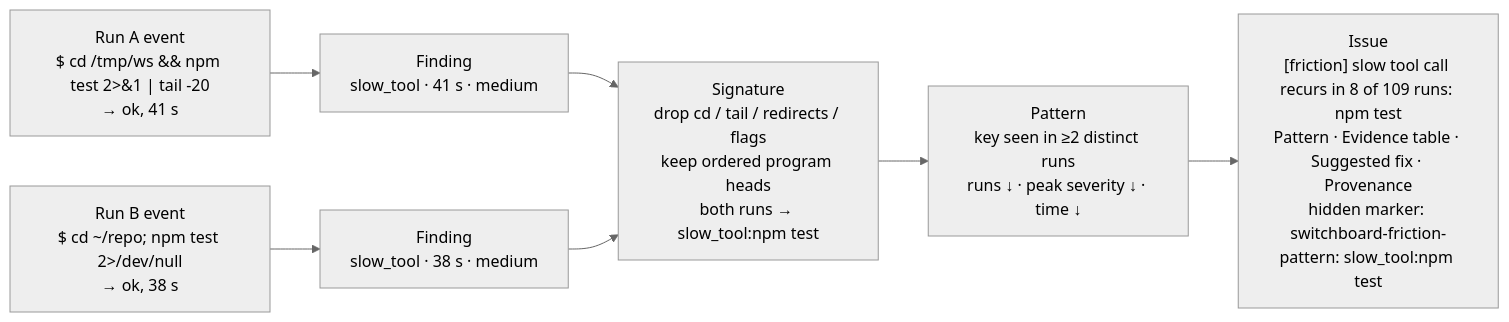
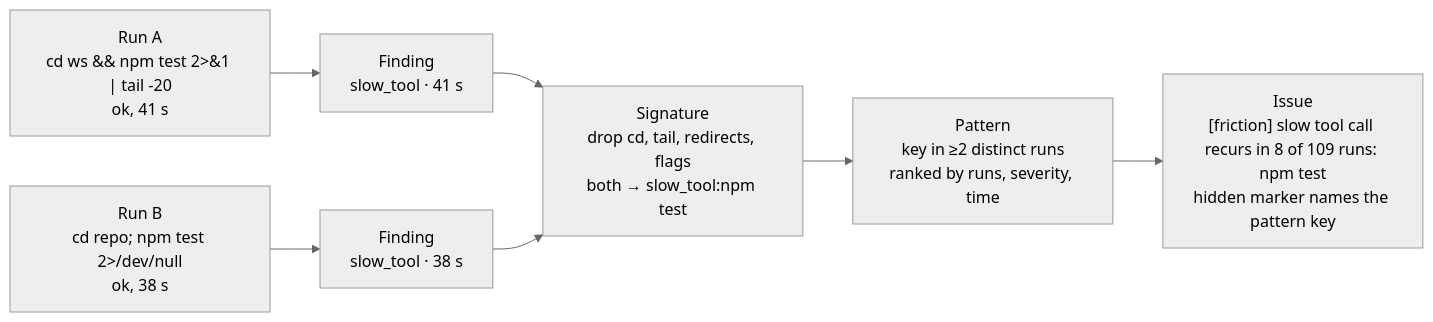
One commit to coreplanelabs/switchboard changed the fourth of 4 diagrams in docs/explanation/how-switchboard-improves-itself.md. Above: the diagram before and after it, drawn with Mermaid (neutral theme). The commit also changed other lines of this file and 13 other files, not shown here.

````diff
--- a/docs/explanation/how-switchboard-improves-itself.md
+++ b/docs/explanation/how-switchboard-improves-itself.md
@@ -106,14 +101,14 @@
 ```mermaid
 flowchart LR
-    E1["Run A event<br/>$ cd /tmp/ws && npm test 2>&1 | tail -20<br/>→ ok, 41 s"]
-    E2["Run B event<br/>$ cd ~/repo; npm test 2>/dev/null<br/>→ ok, 38 s"]
-    F1["Finding<br/>slow_tool · 41 s · medium"]
-    F2["Finding<br/>slow_tool · 38 s · medium"]
-    SIG["Signature<br/>drop cd / tail / redirects / flags<br/>keep ordered program heads<br/>both runs → slow_tool:npm test"]
-    PAT["Pattern<br/>key seen in ≥2 distinct runs<br/>runs ↓ · peak severity ↓ · time ↓"]
-    ISSUE["Issue<br/>[friction] slow tool call recurs in 8 of 109 runs: npm test<br/>Pattern · Evidence table · Suggested fix · Provenance<br/>hidden marker: switchboard-friction-pattern: slow_tool:npm test"]
+    E1["Run A<br/>cd ws && npm test 2>&1 | tail -20<br/>ok, 41 s"]
+    E2["Run B<br/>cd repo; npm test 2>/dev/null<br/>ok, 38 s"]
+    F1["Finding<br/>slow_tool · 41 s"]
+    F2["Finding<br/>slow_tool · 38 s"]
+    SIG["Signature<br/>drop cd, tail, redirects, flags<br/>both → slow_tool:npm test"]
+    PAT["Pattern<br/>key in ≥2 distinct runs<br/>ranked by runs, severity, time"]
+    ISSUE["Issue<br/>[friction] slow tool call recurs in 8 of 109 runs: npm test<br/>hidden marker names the pattern key"]
 
     E1 --> F1 --> SIG
     E2 --> F2 --> SIG
     SIG --> PAT --> ISSUE
 ```
````
